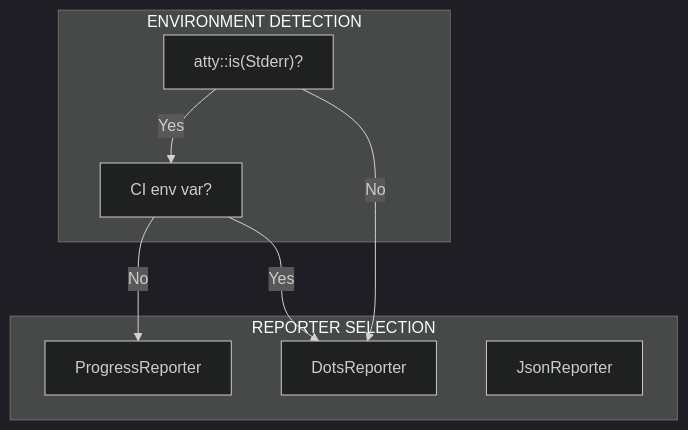
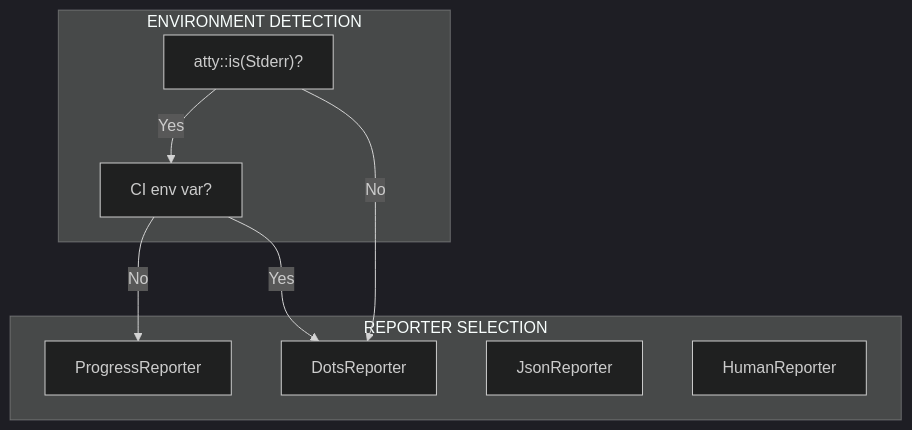
The diagram in docs/architecture/reporter.md (NikkeTryHard/tach-core), drawn with Mermaid (dark theme) before and after one commit. The commit also changed other lines of this file and 13 other files, not shown here.

````diff
--- a/docs/architecture/reporter.md
+++ b/docs/architecture/reporter.md
@@ -16,18 +16,19 @@
 ```mermaid
 flowchart TB
     subgraph Detection["ENVIRONMENT DETECTION"]
         TTY["atty::is(Stderr)?"]
         CI["CI env var?"]
     end
 
     subgraph Selection["REPORTER SELECTION"]
         Progress["ProgressReporter"]
         Dots["DotsReporter"]
         JSON["JsonReporter"]
+        Human["HumanReporter"]
     end
 
     TTY -->|Yes| CI
     TTY -->|No| Dots
     CI -->|No| Progress
     CI -->|Yes| Dots
 ```
````
